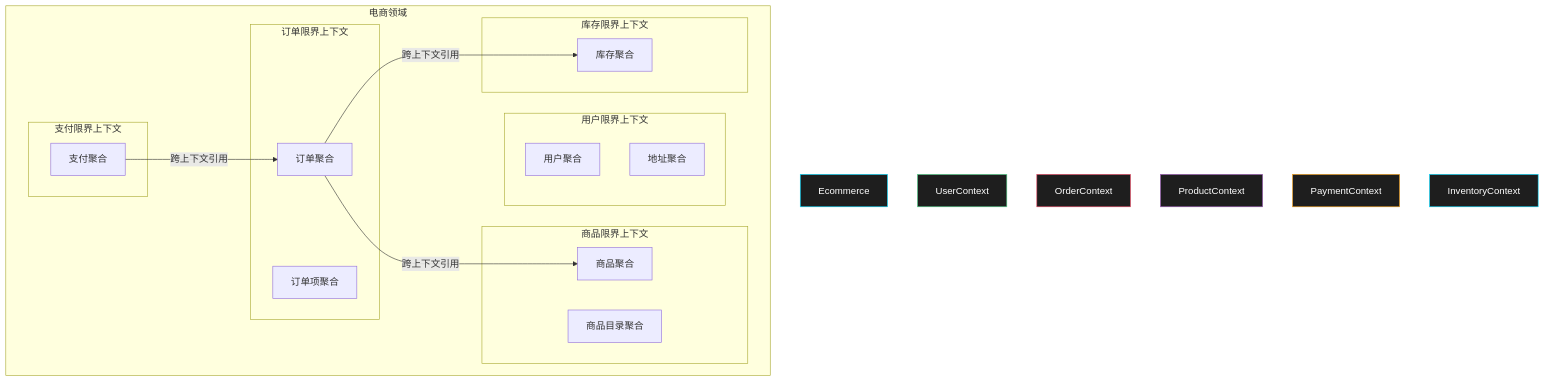
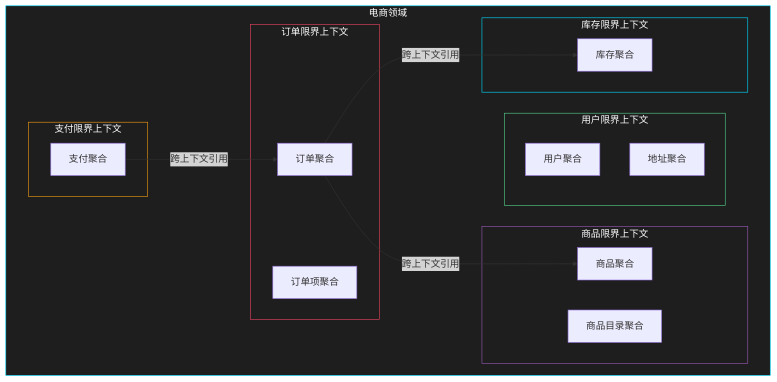
Before and after one commit to dd-xiaozhi/study-notes: the seventh of 24 diagrams in 系统设计/架构设计/05_微服务架构.md, drawn with Mermaid. The commit also changed other lines of this file and 19 other files, not shown here.

````diff
--- a/系统设计/架构设计/05_微服务架构.md
+++ b/系统设计/架构设计/05_微服务架构.md
@@ -289,38 +289,38 @@
 ```mermaid
 flowchart TB
-    subgraph "电商领域"
-        subgraph "用户限界上下文"
+    subgraph Ecommerce["电商领域"]
+        subgraph UserContext["用户限界上下文"]
             UC["用户聚合"]
             UA["地址聚合"]
         end
 
-        subgraph "订单限界上下文"
+        subgraph OrderContext["订单限界上下文"]
             OC["订单聚合"]
             OL["订单项聚合"]
         end
 
-        subgraph "商品限界上下文"
+        subgraph ProductContext["商品限界上下文"]
             PC["商品聚合"]
             PI["商品目录聚合"]
         end
 
-        subgraph "支付限界上下文"
+        subgraph PaymentContext["支付限界上下文"]
             PayC["支付聚合"]
         end
 
-        subgraph "库存限界上下文"
+        subgraph InventoryContext["库存限界上下文"]
             IC["库存聚合"]
         end
     end
 
     OC -->|"跨上下文引用"| PC
     OC -->|"跨上下文引用"| IC
     PayC -->|"跨上下文引用"| OC
 
     style Ecommerce fill:#1e1e1e,stroke:#00d9ff,color:#ffffff
     style UserContext fill:#1e1e1e,stroke:#53d28a,color:#ffffff
     style OrderContext fill:#1e1e1e,stroke:#e94560,color:#ffffff
     style ProductContext fill:#1e1e1e,stroke:#9b59b6,color:#ffffff
     style PaymentContext fill:#1e1e1e,stroke:#f39c12,color:#ffffff
     style InventoryContext fill:#1e1e1e,stroke:#00d9ff,color:#ffffff
 ```
````
